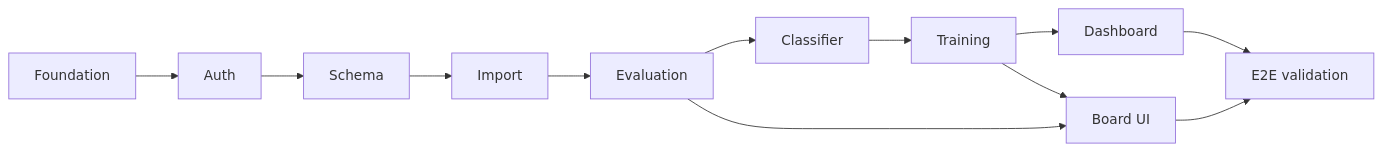
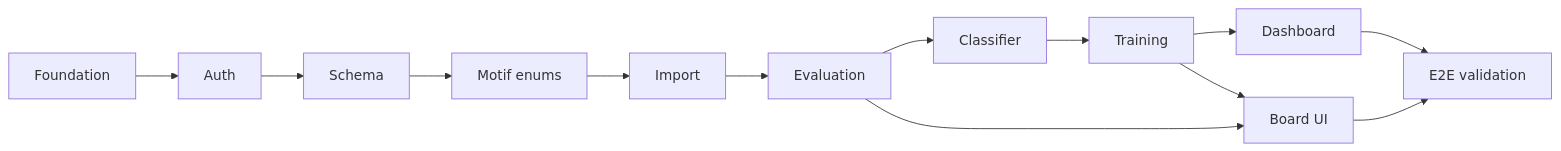
The diagram in docs/todo.md (n8rzz/chess-mentor), drawn with Mermaid before and after one commit. The commit also changed other lines of this file and 69 other files, not shown here.

````diff
--- a/docs/todo.md
+++ b/docs/todo.md
@@ -316,14 +354,15 @@
 ```mermaid
 flowchart LR
   M0[Foundation] --> M1[Auth]
   M1 --> M2[Schema]
-  M2 --> M3[Import]
+  M2 --> M25[Motif enums]
+  M25 --> M3[Import]
   M3 --> M4[Evaluation]
   M4 --> M5[Classifier]
   M5 --> M6[Training]
   M6 --> M7[Dashboard]
   M4 --> M8[Board UI]
   M6 --> M8
   M7 --> M9[E2E validation]
   M8 --> M9
 ```
````
